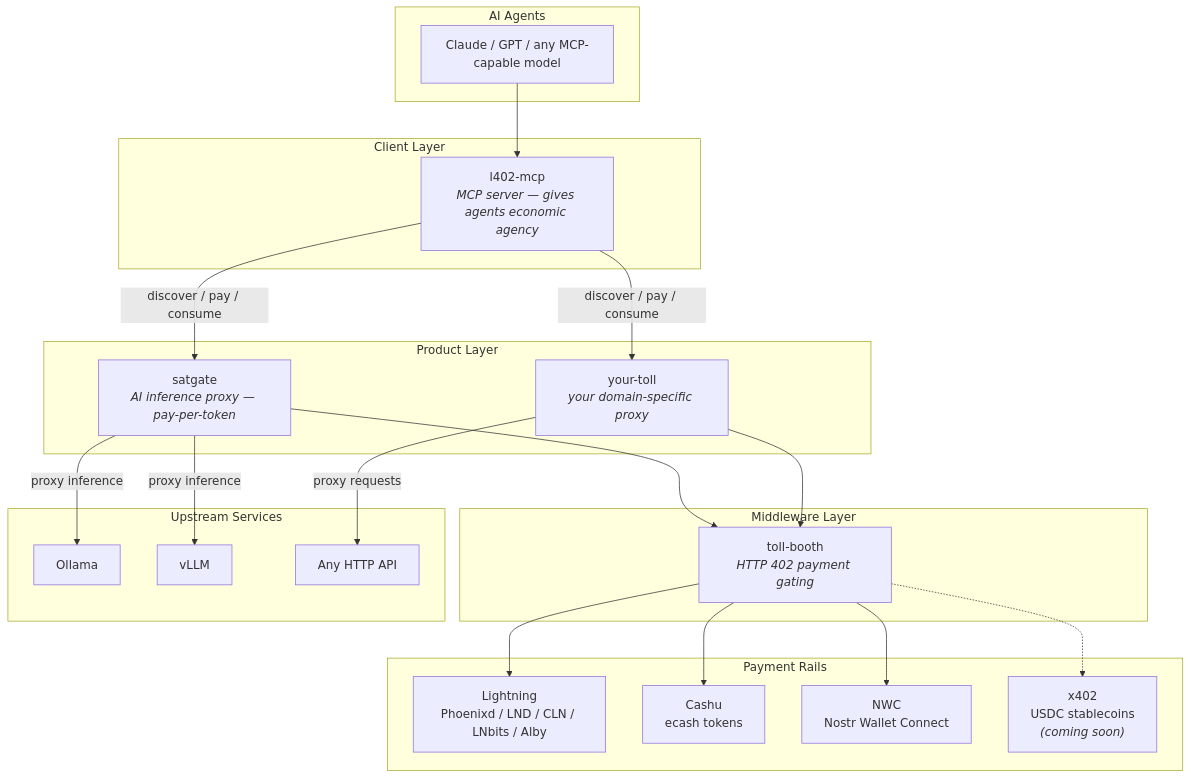
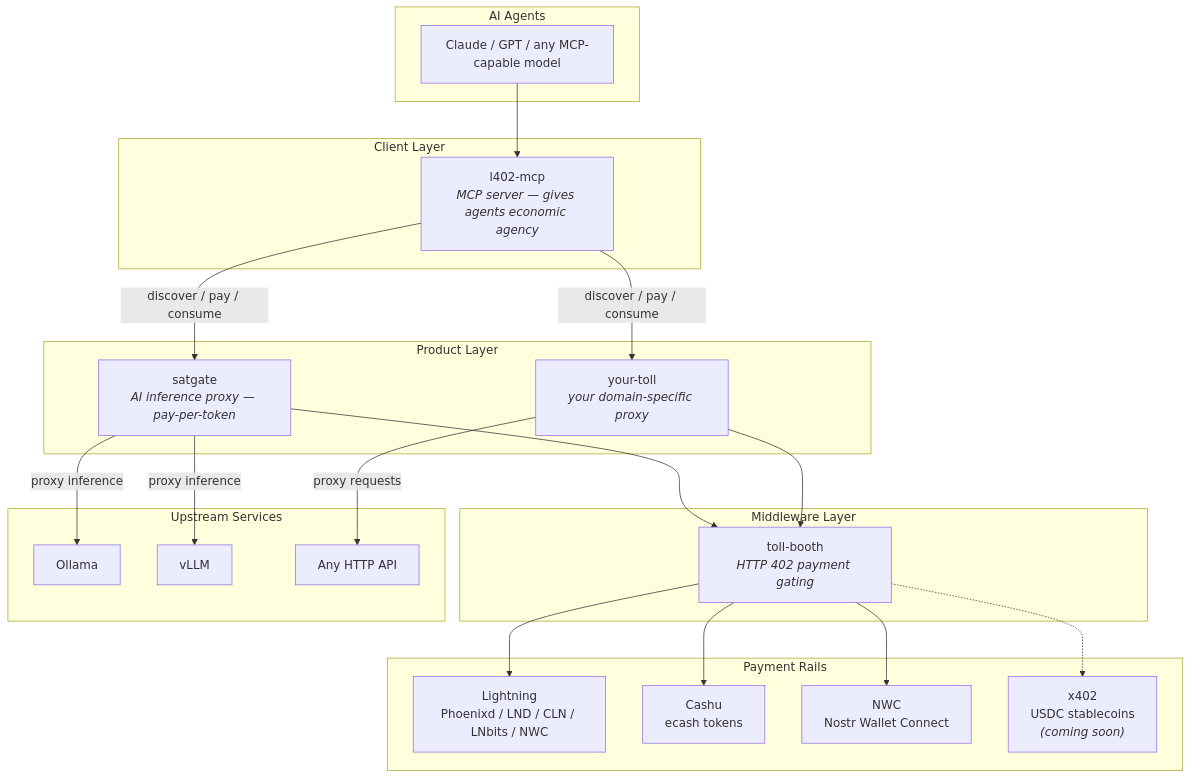
The first of 5 diagrams in docs/architecture.md (TheCryptoDonkey/toll-booth), drawn with Mermaid before and after one commit. The commit also changed other lines of this file and 12 other files, not shown here.

First line of the commit message:
feat: replace Alby backend with proper NWC backend (nostr-core)

````diff
--- a/docs/architecture.md
+++ b/docs/architecture.md
@@ -7,45 +7,45 @@
 ```mermaid
 graph TB
     subgraph "AI Agents"
         A1[Claude / GPT / any MCP-capable model]
     end
 
     subgraph "Client Layer"
         L402_MCP["l402-mcp<br/><i>MCP server — gives agents economic agency</i>"]
     end
 
     subgraph "Product Layer"
         TT["satgate<br/><i>AI inference proxy — pay-per-token</i>"]
         FUTURE["your-toll<br/><i>your domain-specific proxy</i>"]
     end
 
     subgraph "Middleware Layer"
         TB["toll-booth<br/><i>HTTP 402 payment gating</i>"]
     end
 
     subgraph "Payment Rails"
-        LN[Lightning<br/>Phoenixd / LND / CLN / LNbits / Alby]
+        LN[Lightning<br/>Phoenixd / LND / CLN / LNbits / NWC]
         CASHU[Cashu<br/>ecash tokens]
         NWC[NWC<br/>Nostr Wallet Connect]
         X402["x402<br/>USDC stablecoins<br/><i>(coming soon)</i>"]
     end
 
     subgraph "Upstream Services"
         OLLAMA[Ollama]
         VLLM[vLLM]
         ANY_API[Any HTTP API]
     end
 
     A1 --> L402_MCP
     L402_MCP -->|"discover / pay / consume"| TT
     L402_MCP -->|"discover / pay / consume"| FUTURE
     TT --> TB
     FUTURE --> TB
     TB --> LN
     TB --> CASHU
     TB --> NWC
     TB -.-> X402
     TT -->|"proxy inference"| OLLAMA
     TT -->|"proxy inference"| VLLM
     FUTURE -->|"proxy requests"| ANY_API
 ```
````
